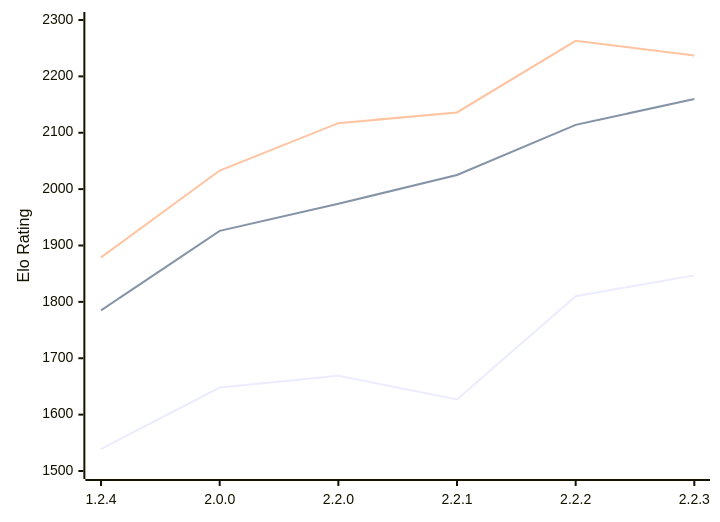
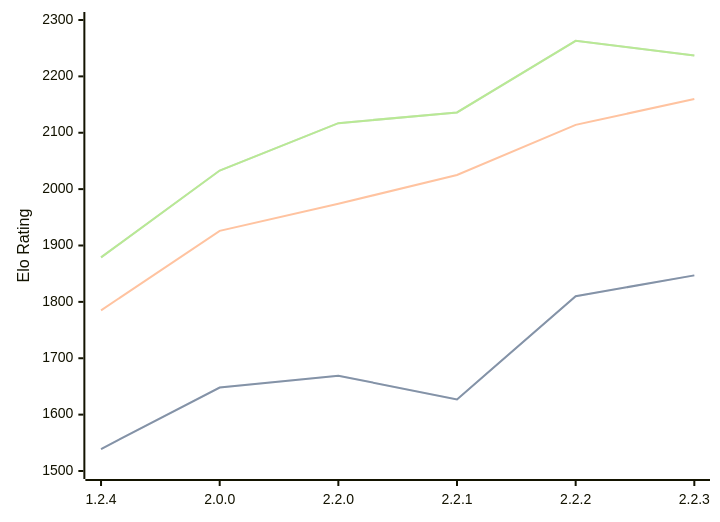
The diagram in engines/Kreveta.md (computer-chess-index/cci), drawn with Mermaid before and after one commit. The commit also changed other lines of this file, not shown here.

Commit message:
Update CCI Ratings (ELO VLTC) - 2026-02-13

````diff
--- a/engines/Kreveta.md
+++ b/engines/Kreveta.md
@@ -36,9 +36,11 @@
 ```mermaid
 %%{init: {"theme":"base","themeVariables":{"seriesColors:['#a3a3a3','#222221','#faa371']}}}%%
 xychart-beta
   x-axis ["1.2.4", "2.0.0", "2.2.0", "2.2.1", "2.2.2", "2.2.3"]
   y-axis "Elo Rating" 1500 --> 2300
   line "STC (8.0+0.08s)" [1539, 1648, 1669, 1627, 1810, 1847]
+  line "STC (8.0+0.08s)" [1539, 1648, 1669, 1627, 1810, 1847]
   line "LTC (60.0+0.60s)" [1785, 1926, 1974, 2025, 2114, 2160]
   line "VLTC (2m24s+1.12s)" [1879, 2033, 2117, 2136, 2263, 2237]
+  line "VLTC (2m24s+1.12s)" [1879, 2033, 2117, 2136, 2263, 2237]
 ```
````
